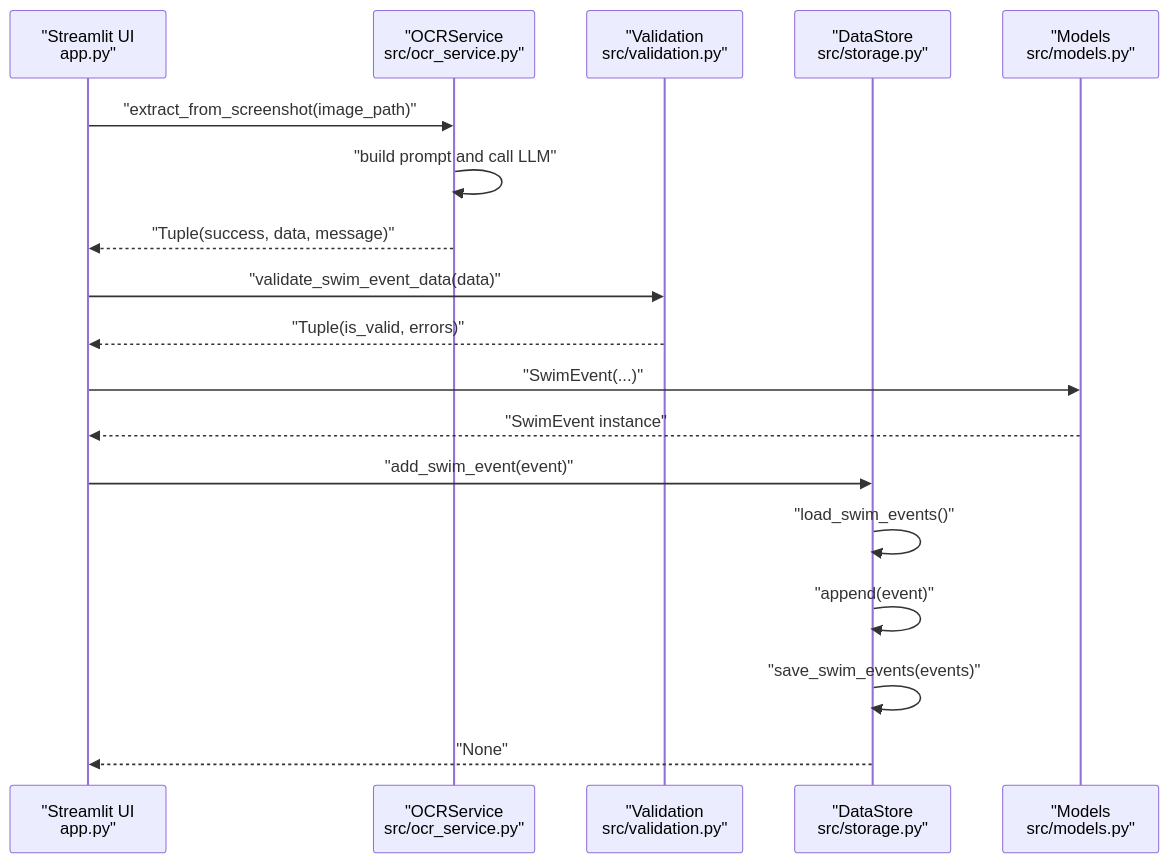
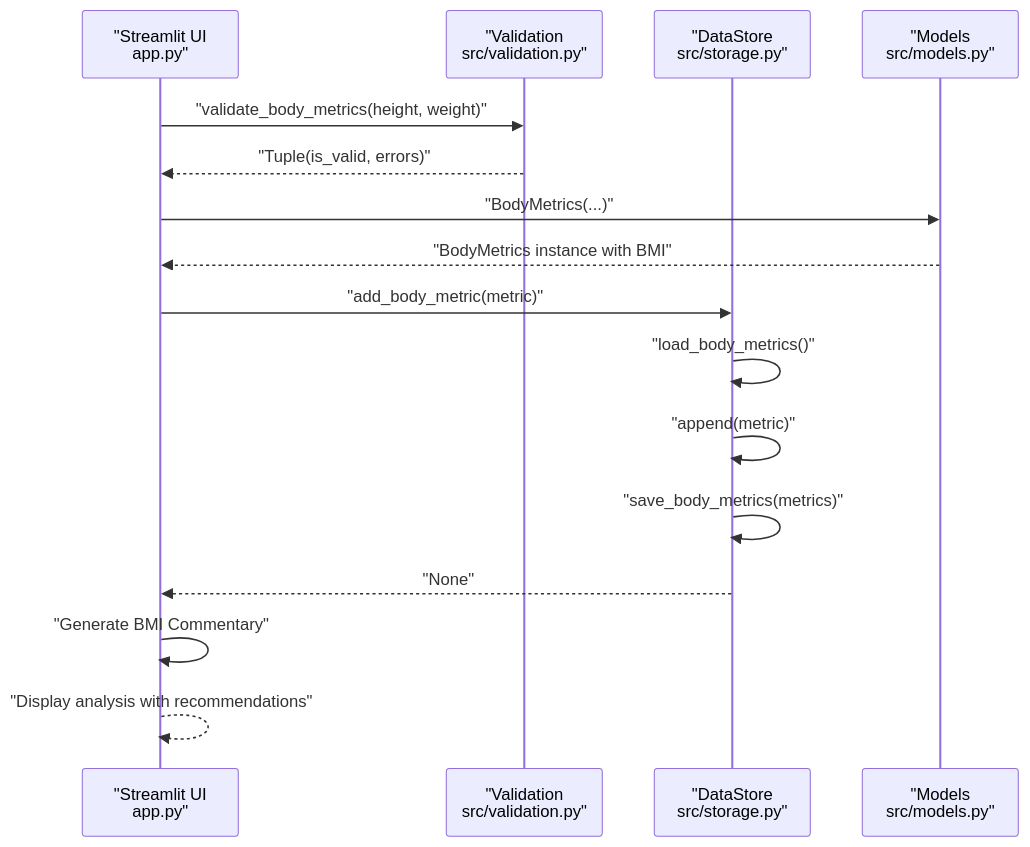
Before and after one commit to Johnny22056/SwimingStatus: the second of 8 diagrams in .qoder/repowiki/en/content/Data Models/Data Models.md, drawn with Mermaid. The commit also changed other lines of this file and 5 other files, not shown here.

````diff
--- a/.qoder/repowiki/en/content/Data Models/Data Models.md
+++ b/.qoder/repowiki/en/content/Data Models/Data Models.md
@@ -143,20 +155,18 @@
 ```mermaid
 sequenceDiagram
 participant UI as "Streamlit UI<br/>app.py"
-participant OCR as "OCRService<br/>src/ocr_service.py"
 participant VAL as "Validation<br/>src/validation.py"
 participant DS as "DataStore<br/>src/storage.py"
 participant MOD as "Models<br/>src/models.py"
-UI->>OCR : "extract_from_screenshot(image_path)"
-OCR->>OCR : "build prompt and call LLM"
-OCR-->>UI : "Tuple(success, data, message)"
-UI->>VAL : "validate_swim_event_data(data)"
+UI->>VAL : "validate_body_metrics(height, weight)"
 VAL-->>UI : "Tuple(is_valid, errors)"
-UI->>MOD : "SwimEvent(...)"
-MOD-->>UI : "SwimEvent instance"
-UI->>DS : "add_swim_event(event)"
-DS->>DS : "load_swim_events()"
-DS->>DS : "append(event)"
-DS->>DS : "save_swim_events(events)"
+UI->>MOD : "BodyMetrics(...)"
+MOD-->>UI : "BodyMetrics instance with BMI"
+UI->>DS : "add_body_metric(metric)"
+DS->>DS : "load_body_metrics()"
+DS->>DS : "append(metric)"
+DS->>DS : "save_body_metrics(metrics)"
 DS-->>UI : "None"
+UI->>UI : "Generate BMI Commentary"
+UI-->>UI : "Display analysis with recommendations"
 ```
````
